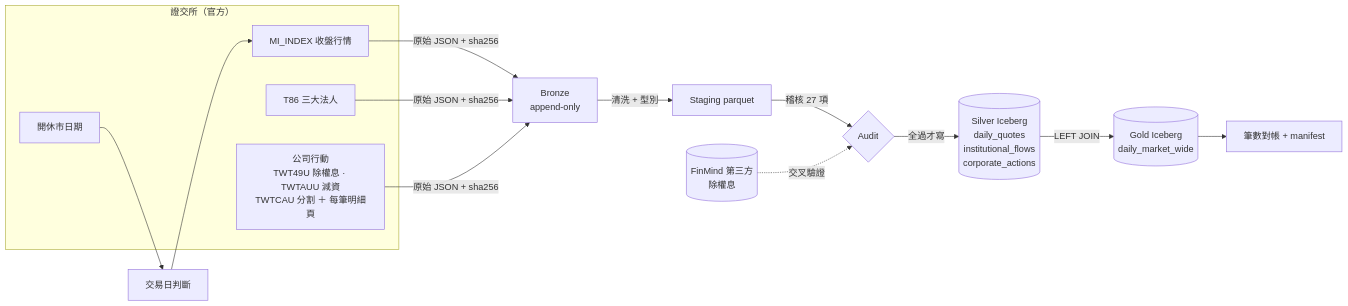
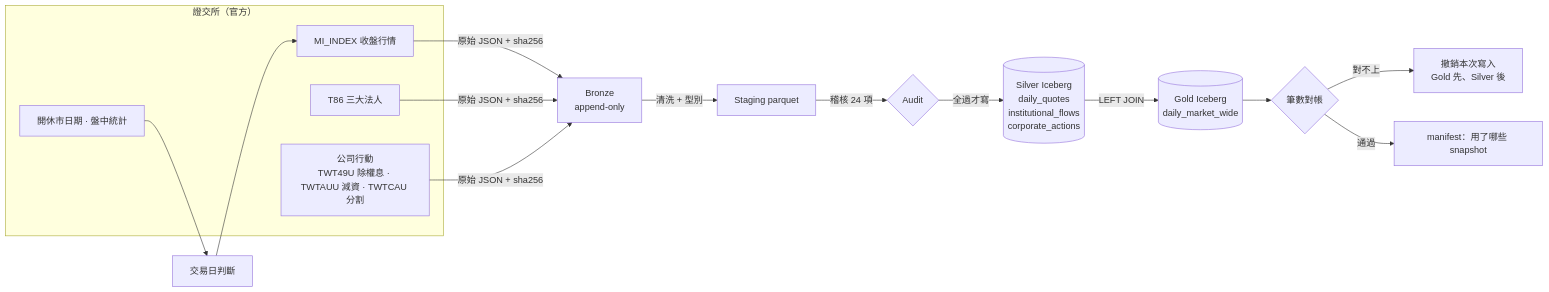
The first of 2 diagrams in README.md (smpss92118/twse-lakehouse-etl), drawn with Mermaid before and after one commit. The commit also changed other lines of this file and 130 other files, not shown here.

````diff
--- a/README.md
+++ b/README.md
@@ -9,18 +9,18 @@
 ```mermaid
 flowchart LR
   subgraph TWSE["證交所（官方）"]
     MI[MI_INDEX 收盤行情]
     T86[T86 三大法人]
-    T49[公司行動<br/>TWT49U 除權息 · TWTAUU 減資<br/>TWTCAU 分割 ＋ 每筆明細頁]
-    HOL[開休市日期]
+    CA[公司行動<br/>TWT49U 除權息 · TWTAUU 減資 · TWTCAU 分割]
+    HOL[開休市日期 · 盤中統計]
   end
-  V[(FinMind 第三方<br/>除權息)]
-  MI & T86 & T49 -->|原始 JSON + sha256| B[Bronze<br/>append-only]
+  MI & T86 & CA -->|原始 JSON + sha256| B[Bronze<br/>append-only]
   B -->|清洗 + 型別| S[Staging parquet]
-  S -->|稽核 27 項| A{Audit}
-  V -.交叉驗證.-> A
+  S -->|稽核 24 項| A{Audit}
   A -->|全過才寫| SV[(Silver Iceberg<br/>daily_quotes<br/>institutional_flows<br/>corporate_actions)]
   SV -->|LEFT JOIN| G[(Gold Iceberg<br/>daily_market_wide)]
-  G --> R[筆數對帳 + manifest]
+  G --> R{筆數對帳}
+  R -->|對不上| U[撤銷本次寫入<br/>Gold 先、Silver 後]
+  R -->|通過| M[manifest：用了哪些 snapshot]
   HOL --> GATE[交易日判斷] --> MI
 ```
````
